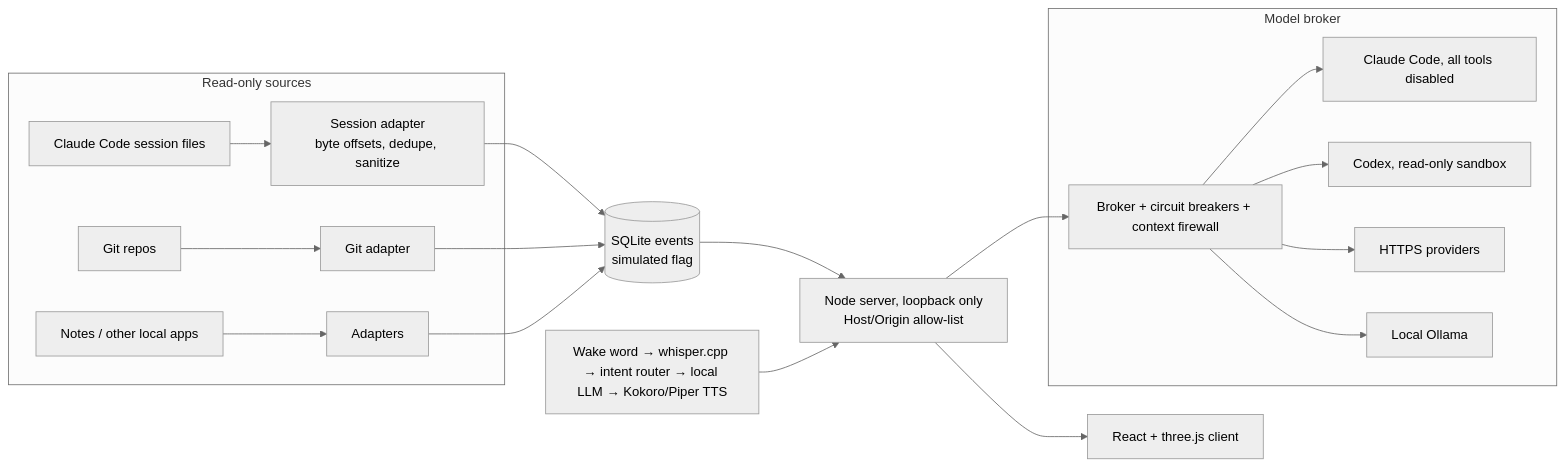
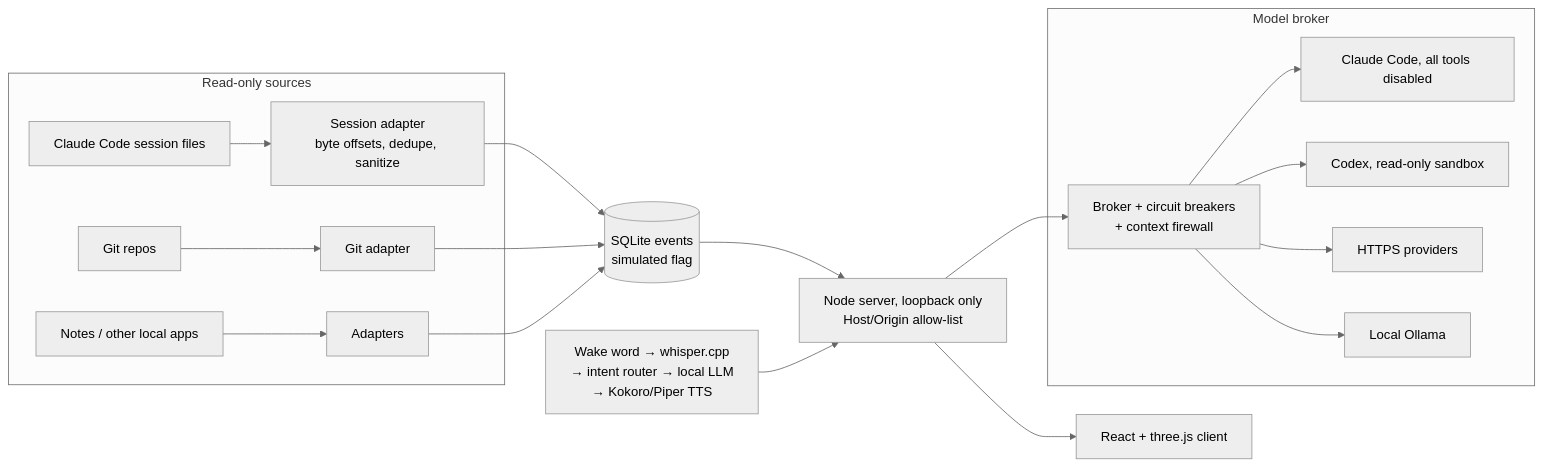
One commit to AlexRosen23/engineering-case-studies changed the first of 2 diagrams in case-studies/the-constellation.md. Above: the diagram before and after it, drawn with Mermaid (neutral theme). The commit also changed other lines of this file and 15 other files, not shown here.

````diff
--- a/case-studies/the-constellation.md
+++ b/case-studies/the-constellation.md
@@ -14,19 +33,19 @@
 ```mermaid
 flowchart LR
   subgraph Sources [Read-only sources]
     CC[Claude Code session files] --> A1[Session adapter<br/>byte offsets, dedupe, sanitize]
     G[Git repos] --> A2[Git adapter]
     N[Notes / other local apps] --> A3[Adapters]
   end
   A1 & A2 & A3 --> EV[(SQLite events<br/>simulated flag)]
   EV --> API[Node server, loopback only<br/>Host/Origin allow-list]
   API --> UI[React + three.js client]
   subgraph Minds [Model broker]
-    BR[Broker + circuit breakers + context firewall] --> P1[Claude Code, all tools disabled]
+    BR[Broker + circuit breakers<br/>+ context firewall] --> P1[Claude Code, all tools disabled]
     BR --> P2[Codex, read-only sandbox]
     BR --> P3[HTTPS providers]
     BR --> P4[Local Ollama]
   end
   API --> BR
-  V[Wake word → whisper.cpp → intent router → local LLM → Kokoro/Piper TTS] --> API
+  V[Wake word → whisper.cpp<br/>→ intent router → local LLM<br/>→ Kokoro/Piper TTS] --> API
 ```
````
